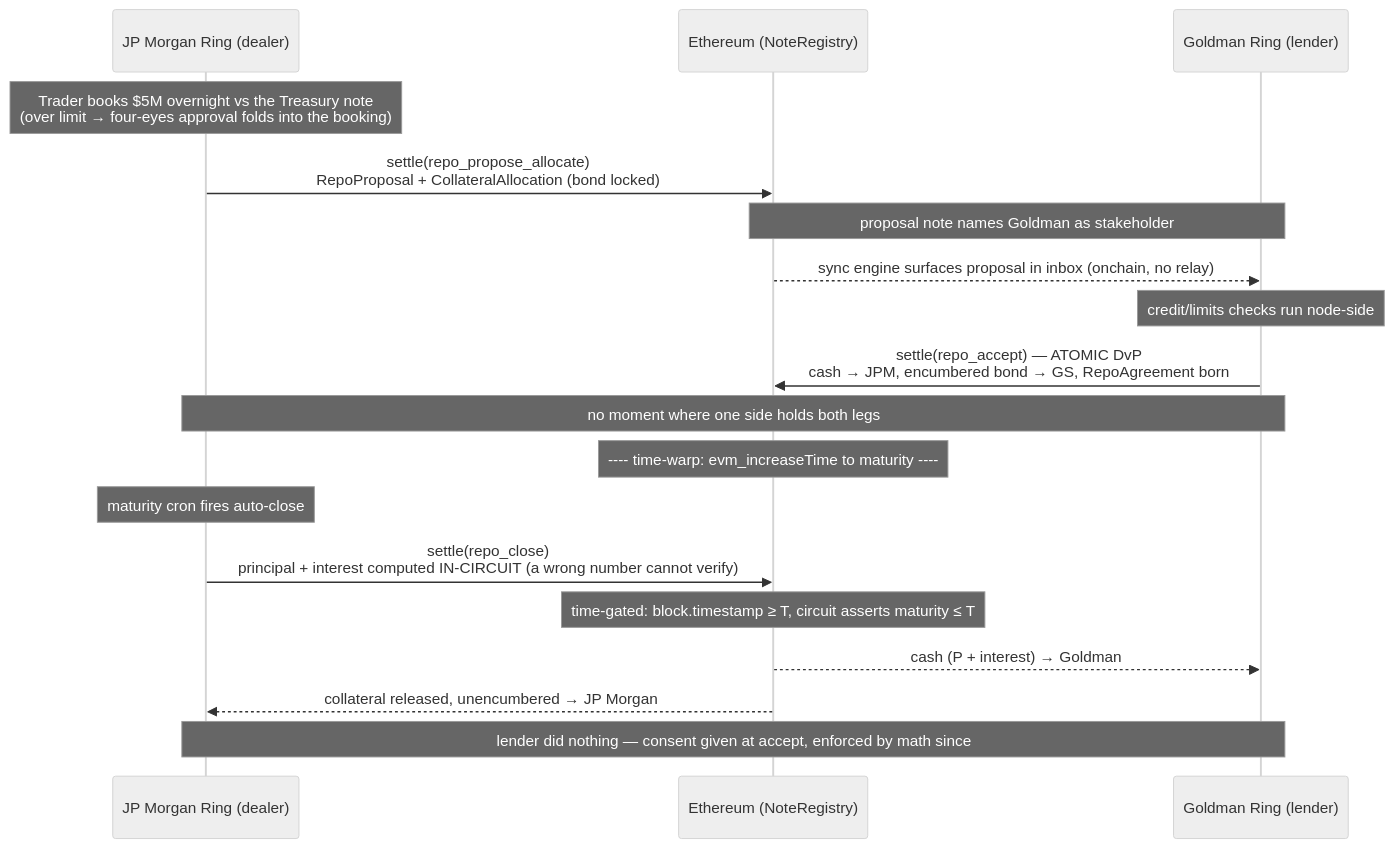
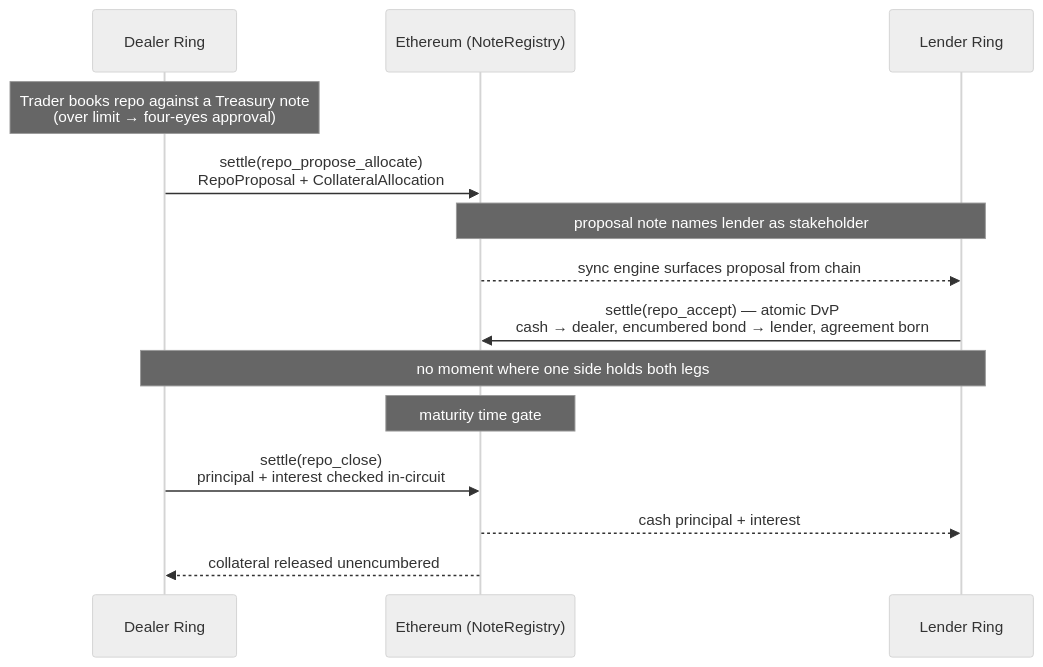
One commit to catmcgee/aragorn changed the second of 3 diagrams in README.md. Above: the diagram before and after it, drawn with Mermaid (neutral theme). The commit also changed other lines of this file and 11 other files, not shown here.

````diff
--- a/README.md
+++ b/README.md
@@ -187,21 +57,17 @@
 ```mermaid
 sequenceDiagram
-    participant JPM as JP Morgan Ring (dealer)
+    participant Dealer as Dealer Ring
     participant ETH as Ethereum (NoteRegistry)
-    participant GS as Goldman Ring (lender)
+    participant Lender as Lender Ring
 
-    Note over JPM: Trader books $5M overnight vs the Treasury note<br/>(over limit → four-eyes approval folds into the booking)
-    JPM->>ETH: settle(repo_propose_allocate)<br/>RepoProposal + CollateralAllocation (bond locked)
-    Note over ETH,GS: proposal note names Goldman as stakeholder
-    ETH-->>GS: sync engine surfaces proposal in inbox (onchain, no relay)
-    Note over GS: credit/limits checks run node-side
-    GS->>ETH: settle(repo_accept) — ATOMIC DvP<br/>cash → JPM, encumbered bond → GS, RepoAgreement born
-    Note over JPM,GS: no moment where one side holds both legs
-    Note over ETH: ---- time-warp: evm_increaseTime to maturity ----
-    Note over JPM: maturity cron fires auto-close
-    JPM->>ETH: settle(repo_close)<br/>principal + interest computed IN-CIRCUIT (a wrong number cannot verify)
-    Note over ETH: time-gated: block.timestamp ≥ T, circuit asserts maturity ≤ T
-    ETH-->>GS: cash (P + interest) → Goldman
-    ETH-->>JPM: collateral released, unencumbered → JP Morgan
-    Note over JPM,GS: lender did nothing — consent given at accept, enforced by math since
+    Note over Dealer: Trader books repo against a Treasury note<br/>(over limit → four-eyes approval)
+    Dealer->>ETH: settle(repo_propose_allocate)<br/>RepoProposal + CollateralAllocation
+    Note over ETH,Lender: proposal note names lender as stakeholder
+    ETH-->>Lender: sync engine surfaces proposal from chain
+    Lender->>ETH: settle(repo_accept) — atomic DvP<br/>cash → dealer, encumbered bond → lender, agreement born
+    Note over Dealer,Lender: no moment where one side holds both legs
+    Note over ETH: maturity time gate
+    Dealer->>ETH: settle(repo_close)<br/>principal + interest checked in-circuit
+    ETH-->>Lender: cash principal + interest
+    ETH-->>Dealer: collateral released unencumbered
 ```
````
